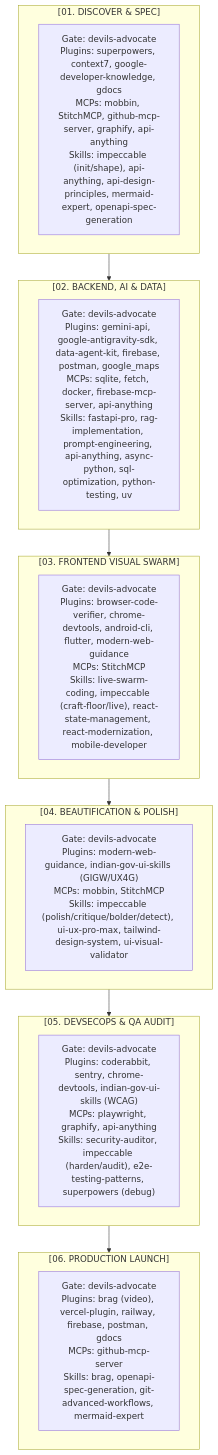
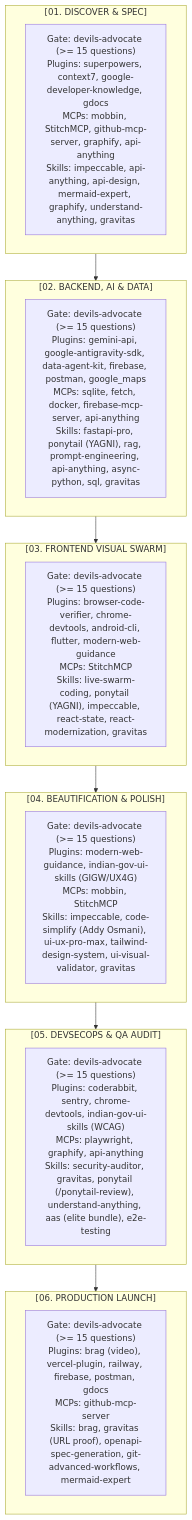
One commit to VihaanR/sprint-system changed the second of 2 diagrams in README.md. Above: the diagram before and after it, drawn with Mermaid. The commit also changed other lines of this file and 18 other files, not shown here.

Commit message:
feat: integrate Gravitas, Ponytail, Code-Simplify, Understand-Anything, AAS & Caveman with >=15 question pre-phase gate

````diff
--- a/README.md
+++ b/README.md
@@ -120,28 +168,28 @@
 ```mermaid
 flowchart TD
     subgraph P1 ["[01. DISCOVER & SPEC]"]
-        t1["Gate: devils-advocate<br/>Plugins: superpowers, context7, google-developer-knowledge, gdocs<br/>MCPs: mobbin, StitchMCP, github-mcp-server, graphify, api-anything<br/>Skills: impeccable (init/shape), api-anything, api-design-principles, mermaid-expert, openapi-spec-generation"]
+        t1["Gate: devils-advocate (>= 15 questions)<br/>Plugins: superpowers, context7, google-developer-knowledge, gdocs<br/>MCPs: mobbin, StitchMCP, github-mcp-server, graphify, api-anything<br/>Skills: impeccable, api-anything, api-design, mermaid-expert, graphify, understand-anything, gravitas"]
     end
 
     subgraph P2 ["[02. BACKEND, AI & DATA]"]
-        t2["Gate: devils-advocate<br/>Plugins: gemini-api, google-antigravity-sdk, data-agent-kit, firebase, postman, google_maps<br/>MCPs: sqlite, fetch, docker, firebase-mcp-server, api-anything<br/>Skills: fastapi-pro, rag-implementation, prompt-engineering, api-anything, async-python, sql-optimization, python-testing, uv"]
+        t2["Gate: devils-advocate (>= 15 questions)<br/>Plugins: gemini-api, google-antigravity-sdk, data-agent-kit, firebase, postman, google_maps<br/>MCPs: sqlite, fetch, docker, firebase-mcp-server, api-anything<br/>Skills: fastapi-pro, ponytail (YAGNI), rag, prompt-engineering, api-anything, async-python, sql, gravitas"]
     end
 
     subgraph P3 ["[03. FRONTEND VISUAL SWARM]"]
-        t3["Gate: devils-advocate<br/>Plugins: browser-code-verifier, chrome-devtools, android-cli, flutter, modern-web-guidance<br/>MCPs: StitchMCP<br/>Skills: live-swarm-coding, impeccable (craft-floor/live), react-state-management, react-modernization, mobile-developer"]
+        t3["Gate: devils-advocate (>= 15 questions)<br/>Plugins: browser-code-verifier, chrome-devtools, android-cli, flutter, modern-web-guidance<br/>MCPs: StitchMCP<br/>Skills: live-swarm-coding, ponytail (YAGNI), impeccable, react-state, react-modernization, gravitas"]
     end
 
     subgraph P4 ["[04. BEAUTIFICATION & POLISH]"]
-        t4["Gate: devils-advocate<br/>Plugins: modern-web-guidance, indian-gov-ui-skills (GIGW/UX4G)<br/>MCPs: mobbin, StitchMCP<br/>Skills: impeccable (polish/critique/bolder/detect), ui-ux-pro-max, tailwind-design-system, ui-visual-validator"]
+        t4["Gate: devils-advocate (>= 15 questions)<br/>Plugins: modern-web-guidance, indian-gov-ui-skills (GIGW/UX4G)<br/>MCPs: mobbin, StitchMCP<br/>Skills: impeccable, code-simplify (Addy Osmani), ui-ux-pro-max, tailwind-design-system, ui-visual-validator, gravitas"]
     end
 
     subgraph P5 ["[05. DEVSECOPS & QA AUDIT]"]
-        t5["Gate: devils-advocate<br/>Plugins: coderabbit, sentry, chrome-devtools, indian-gov-ui-skills (WCAG)<br/>MCPs: playwright, graphify, api-anything<br/>Skills: security-auditor, impeccable (harden/audit), e2e-testing-patterns, superpowers (debug)"]
+        t5["Gate: devils-advocate (>= 15 questions)<br/>Plugins: coderabbit, sentry, chrome-devtools, indian-gov-ui-skills (WCAG)<br/>MCPs: playwright, graphify, api-anything<br/>Skills: security-auditor, gravitas, ponytail (/ponytail-review), understand-anything, aas (elite bundle), e2e-testing"]
     end
 
     subgraph P6 ["[06. PRODUCTION LAUNCH]"]
-        t6["Gate: devils-advocate<br/>Plugins: brag (video), vercel-plugin, railway, firebase, postman, gdocs<br/>MCPs: github-mcp-server<br/>Skills: brag, openapi-spec-generation, git-advanced-workflows, mermaid-expert"]
+        t6["Gate: devils-advocate (>= 15 questions)<br/>Plugins: brag (video), vercel-plugin, railway, firebase, postman, gdocs<br/>MCPs: github-mcp-server<br/>Skills: brag, gravitas (URL proof), openapi-spec-generation, git-advanced-workflows, mermaid-expert"]
     end
 
     P1 --> P2 --> P3 --> P4 --> P5 --> P6
 ```
````
